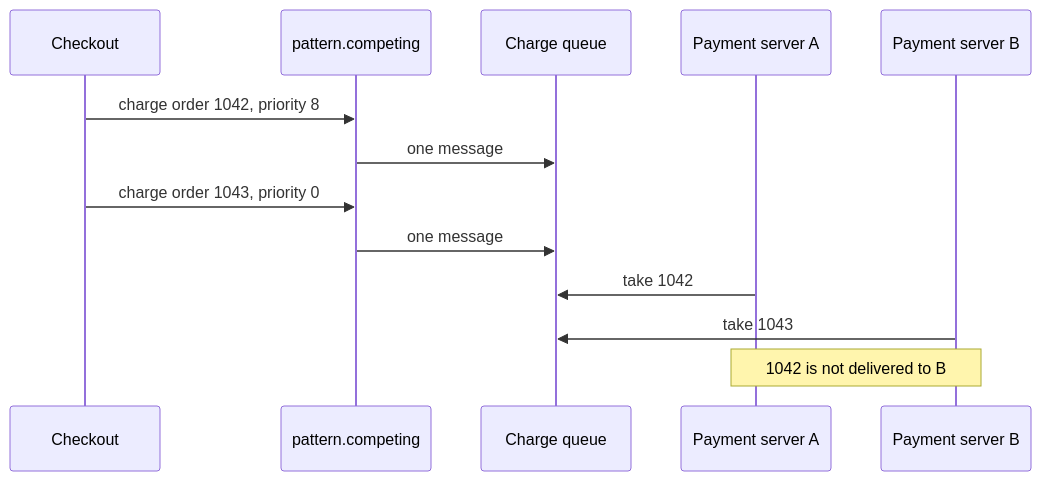
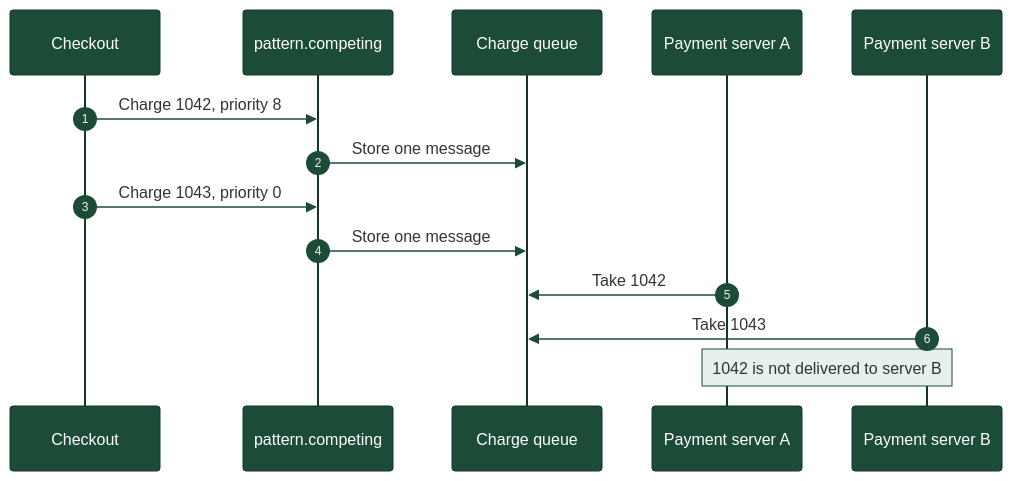
One commit to omeraltan/simple-rabbitmq-and-springboot-project changed the sixth of 8 diagrams in README.md. Above: the diagram before and after it, drawn with Mermaid. The commit also changed other lines of this file, not shown here.

````diff
--- a/README.md
+++ b/README.md
@@ -145,16 +187,18 @@
 ```mermaid
+%%{init: {'theme':'base','themeVariables': {'fontFamily':'ui-sans-serif, system-ui, sans-serif','actorBkg':'#1c4b38','actorTextColor':'#ffffff','actorBorder':'#143628','signalColor':'#1c4b38','noteBkgColor':'#e7f0eb','noteBorderColor':'#1c4b38'}}}%%
 sequenceDiagram
+    autonumber
     participant Checkout
     participant Exchange as pattern.competing
     participant Queue as Charge queue
     participant A as Payment server A
     participant B as Payment server B
 
-    Checkout->>Exchange: charge order 1042, priority 8
-    Exchange->>Queue: one message
-    Checkout->>Exchange: charge order 1043, priority 0
-    Exchange->>Queue: one message
-    A->>Queue: take 1042
-    B->>Queue: take 1043
-    Note over A,B: 1042 is not delivered to B
+    Checkout->>Exchange: Charge 1042, priority 8
+    Exchange->>Queue: Store one message
+    Checkout->>Exchange: Charge 1043, priority 0
+    Exchange->>Queue: Store one message
+    A->>Queue: Take 1042
+    B->>Queue: Take 1043
+    Note over A,B: 1042 is not delivered to server B
 ```
````
